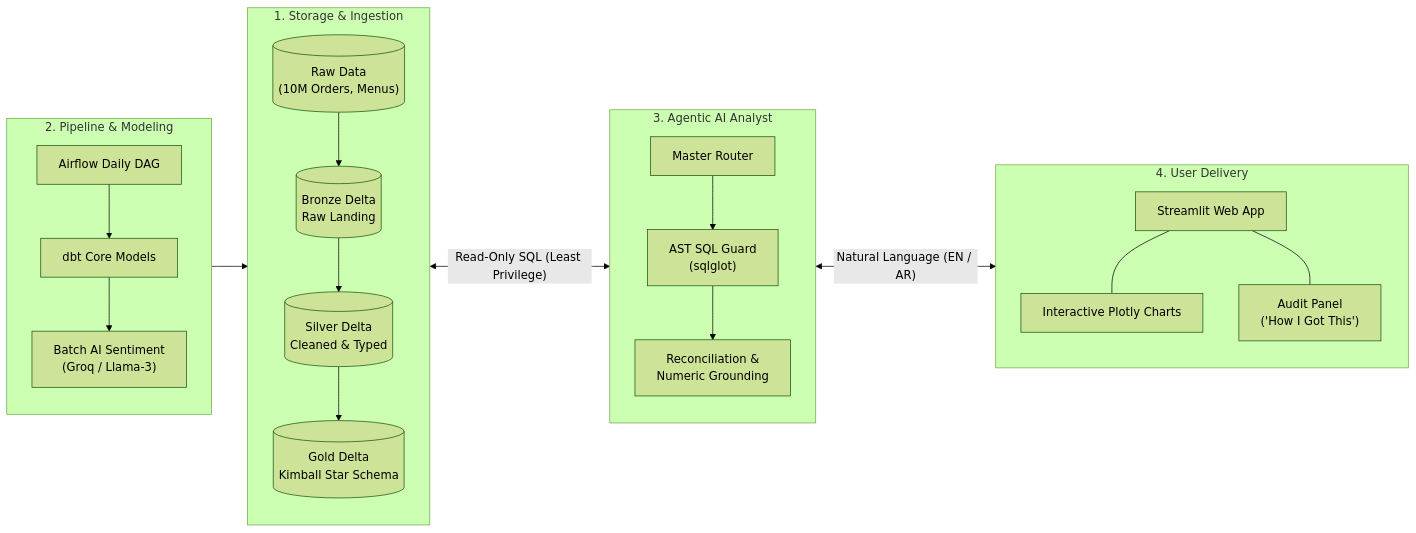
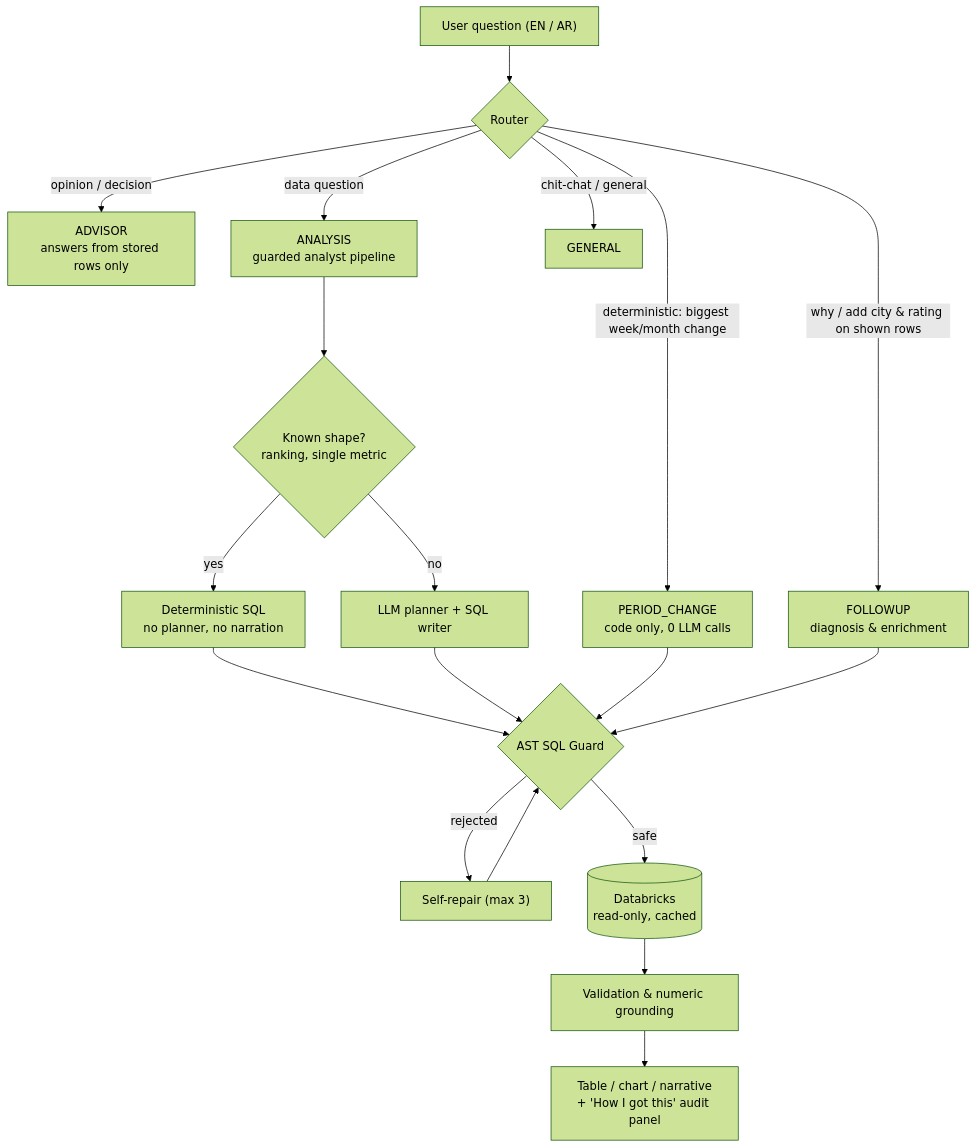
The first of 3 diagrams in README.md (shehapsherif11-bit/Agentic-Data-Lakehouse), drawn with Mermaid (forest theme) before and after one commit. The commit also changed other lines of this file and 2 other files, not shown here.

First line of the commit message:
docs: rewrite README, add ARCHITECTURE.md, update DECISIONS.md

````diff
--- a/README.md
+++ b/README.md
@@ -56,39 +110,21 @@
 ```mermaid
-flowchart LR
-    subgraph S1 ["1. Storage & Ingestion"]
-        direction TB
-        Raw[("Raw Data<br/>(10M Orders, Menus)")]
-        Bronze[("Bronze Delta<br/>Raw Landing")]
-        Silver[("Silver Delta<br/>Cleaned & Typed")]
-        Gold[("Gold Delta<br/>Kimball Star Schema")]
-        Raw --> Bronze --> Silver --> Gold
-    end
+flowchart TD
+    Q["User question (EN / AR)"] --> R{"Router"}
+    R -->|"deterministic: biggest week/month change"| PC["PERIOD_CHANGE<br/>code only, 0 LLM calls"]
+    R -->|"why / add city & rating on shown rows"| FU["FOLLOWUP<br/>diagnosis & enrichment"]
+    R -->|"opinion / decision"| AD["ADVISOR<br/>answers from stored rows only"]
+    R -->|"data question"| AN["ANALYSIS<br/>guarded analyst pipeline"]
+    R -->|"chit-chat / general"| GE["GENERAL"]
 
-    subgraph S2 ["2. Pipeline & Modeling"]
-        direction TB
-        Airflow["Airflow Daily DAG"]
-        dbt["dbt Core Models"]
-        Sentiment["Batch AI Sentiment<br/>(Groq / Llama-3)"]
-        Airflow --> dbt --> Sentiment --> Gold
-    end
-
-    subgraph S3 ["3. Agentic AI Analyst"]
-        direction TB
-        Router["Master Router"]
-        ASTGuard["AST SQL Guard<br/>(sqlglot)"]
-        Grounding["Reconciliation &<br/>Numeric Grounding"]
-        Router --> ASTGuard --> Grounding
-    end
-
-    subgraph S4 ["4. User Delivery"]
-        direction TB
-        UI["Streamlit Web App"]
-        Viz["Interactive Plotly Charts"]
-        Audit["Audit Panel<br/>('How I Got This')"]
-        UI --- Viz
-        UI --- Audit
-    end
-
-    Gold <-->|"Read-Only SQL (Least Privilege)"| S3
-    S3 <-->|"Natural Language (EN / AR)"| S4
+    AN --> FP{"Known shape?<br/>ranking, single metric"}
+    FP -->|"yes"| DET["Deterministic SQL<br/>no planner, no narration"]
+    FP -->|"no"| PL["LLM planner + SQL writer"]
+    DET --> G
+    PL --> G{"AST SQL Guard"}
+    PC --> G
+    FU --> G
+    G -->|"rejected"| REP["Self-repair (max 3)"] --> G
+    G -->|"safe"| EX[("Databricks<br/>read-only, cached")]
+    EX --> V["Validation & numeric grounding"]
+    V --> OUT["Table / chart / narrative<br/>+ 'How I got this' audit panel"]
 ```
````
